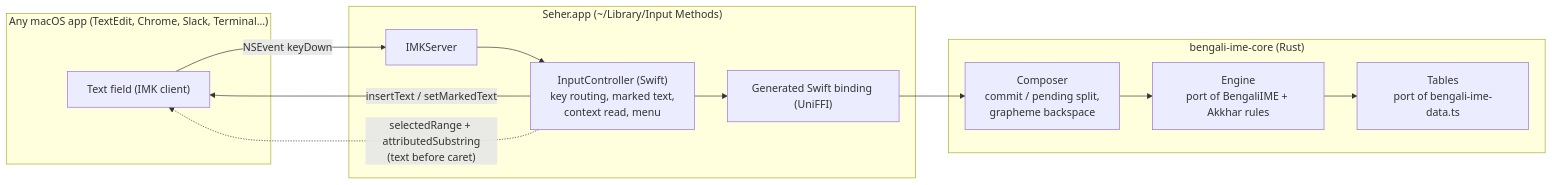
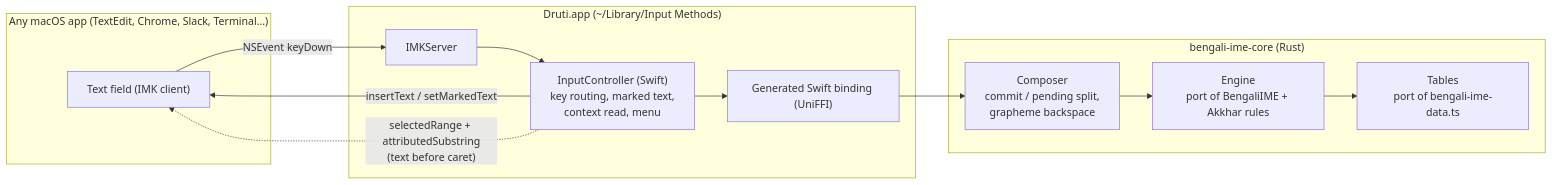
One commit to ahamed/bengali-ime changed the diagram in docs/macos-input-source.md. Above: the diagram before and after it, drawn with Mermaid. The commit also changed other lines of this file and 23 other files, not shown here.

First line of the commit message:
Rename the macOS input source to Druti, with দ্রু as its menu bar icon

````diff
--- a/docs/macos-input-source.md
+++ b/docs/macos-input-source.md
@@ -42,20 +42,20 @@
 ```mermaid
 flowchart LR
   subgraph App["Any macOS app (TextEdit, Chrome, Slack, Terminal…)"]
     Field["Text field (IMK client)"]
   end
-  subgraph IM["Seher.app (~/Library/Input Methods)"]
+  subgraph IM["Druti.app (~/Library/Input Methods)"]
     Server["IMKServer"]
     Ctrl["InputController (Swift)<br/>key routing, marked text,<br/>context read, menu"]
     Bind["Generated Swift binding (UniFFI)"]
   end
   subgraph Rust["bengali-ime-core (Rust)"]
     Composer["Composer<br/>commit / pending split,<br/>grapheme backspace"]
     Engine["Engine<br/>port of BengaliIME + Akkhar rules"]
     Data["Tables<br/>port of bengali-ime-data.ts"]
   end
   Field -- "NSEvent keyDown" --> Server --> Ctrl
   Ctrl --> Bind --> Composer --> Engine --> Data
   Ctrl -- "insertText / setMarkedText" --> Field
   Ctrl -. "selectedRange + attributedSubstring<br/>(text before caret)" .-> Field
 ```
````
